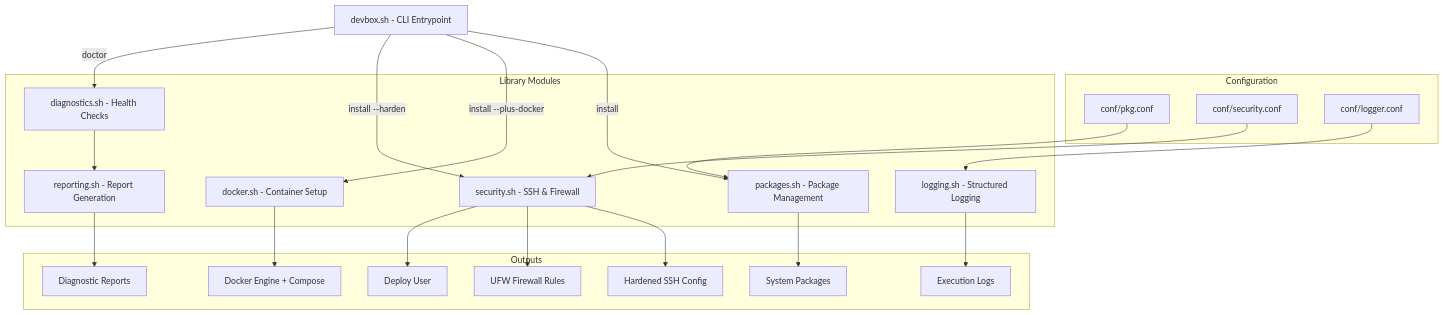
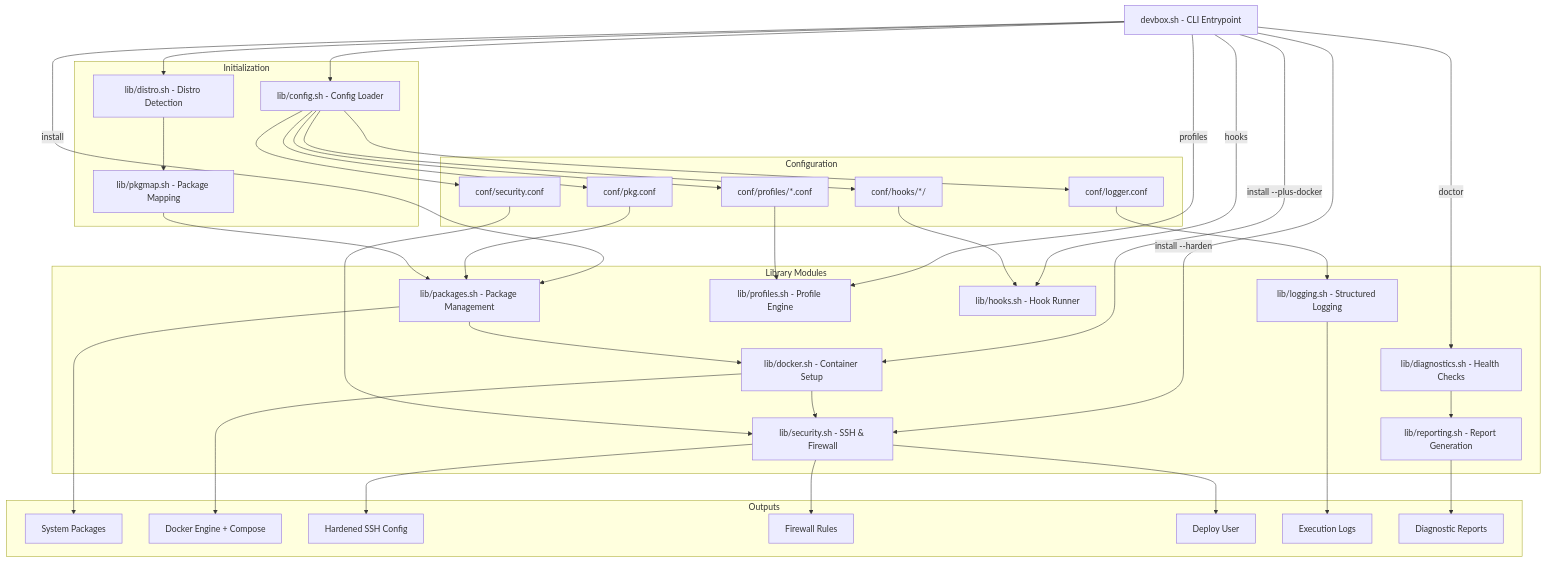
The first of 5 diagrams in README.md (PavaraM/devbox), drawn with Mermaid before and after one commit. The commit also changed other lines of this file, not shown here.

Commit message:
docs: update README for v2.0 — multi-distro, profiles, hooks, bootstrap, new commands

````diff
--- a/README.md
+++ b/README.md
@@ -32,47 +36,75 @@
 ```mermaid
 graph TB
     CLI["devbox.sh - CLI Entrypoint"]
+
+    subgraph Init["Initialization"]
+        D1["lib/distro.sh - Distro Detection"]
+        D2["lib/pkgmap.sh - Package Mapping"]
+        D3["lib/config.sh - Config Loader"]
+    end
 
     subgraph Config["Configuration"]
         C1["conf/pkg.conf"]
         C2["conf/security.conf"]
         C3["conf/logger.conf"]
+        C4["conf/profiles/*.conf"]
+        C5["conf/hooks/*/"]
     end
 
     subgraph Modules["Library Modules"]
-        M1["packages.sh - Package Management"]
-        M2["docker.sh - Container Setup"]
-        M3["security.sh - SSH & Firewall"]
-        M4["diagnostics.sh - Health Checks"]
-        M5["reporting.sh - Report Generation"]
-        M6["logging.sh - Structured Logging"]
+        M1["lib/packages.sh - Package Management"]
+        M2["lib/docker.sh - Container Setup"]
+        M3["lib/security.sh - SSH & Firewall"]
+        M4["lib/diagnostics.sh - Health Checks"]
+        M5["lib/reporting.sh - Report Generation"]
+        M6["lib/logging.sh - Structured Logging"]
+        M7["lib/profiles.sh - Profile Engine"]
+        M8["lib/hooks.sh - Hook Runner"]
     end
 
     subgraph Output["Outputs"]
         O1["System Packages"]
         O2["Docker Engine + Compose"]
         O3["Hardened SSH Config"]
-        O4["UFW Firewall Rules"]
+        O4["Firewall Rules"]
         O5["Deploy User"]
         O6["Execution Logs"]
         O7["Diagnostic Reports"]
     end
 
+    CLI --> D1
+    D1 --> D2
+    CLI --> D3
+    D3 --> C1
+    D3 --> C2
+    D3 --> C3
+    D3 --> C4
+    D3 --> C5
+
     CLI -->|install| M1
     CLI -->|install --plus-docker| M2
     CLI -->|install --harden| M3
     CLI -->|doctor| M4
+    CLI -->|profiles| M7
+    CLI -->|hooks| M8
+
+    M1 --> M2
+    M2 --> M3
     M4 --> M5
 
     C1 --> M1
     C2 --> M3
     C3 --> M6
+    C4 --> M7
+    C5 --> M8
+
+    D2 --> M1
 
     M1 --> O1
     M2 --> O2
     M3 --> O3
     M3 --> O4
     M3 --> O5
     M6 --> O6
     M5 --> O7
 ```
````
